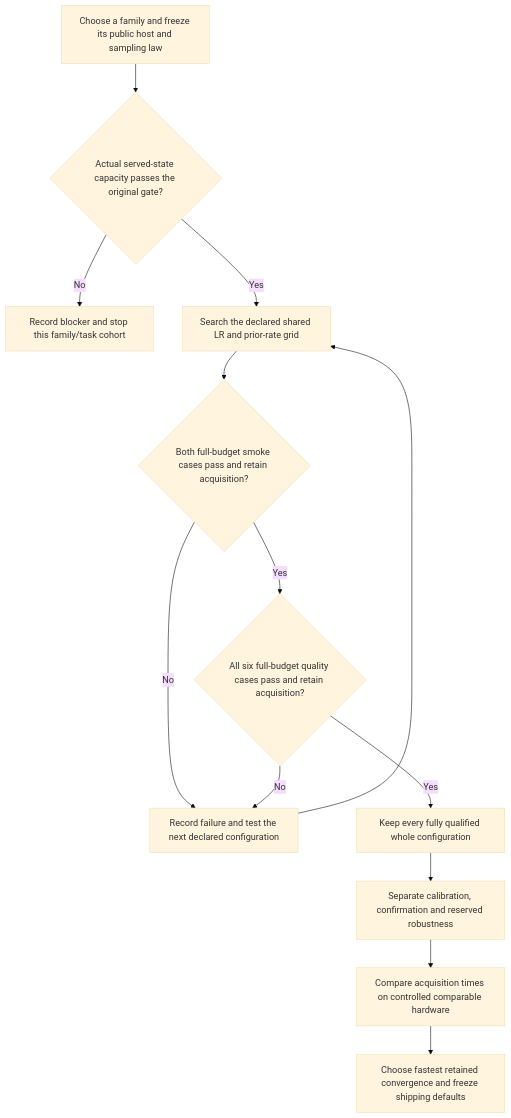
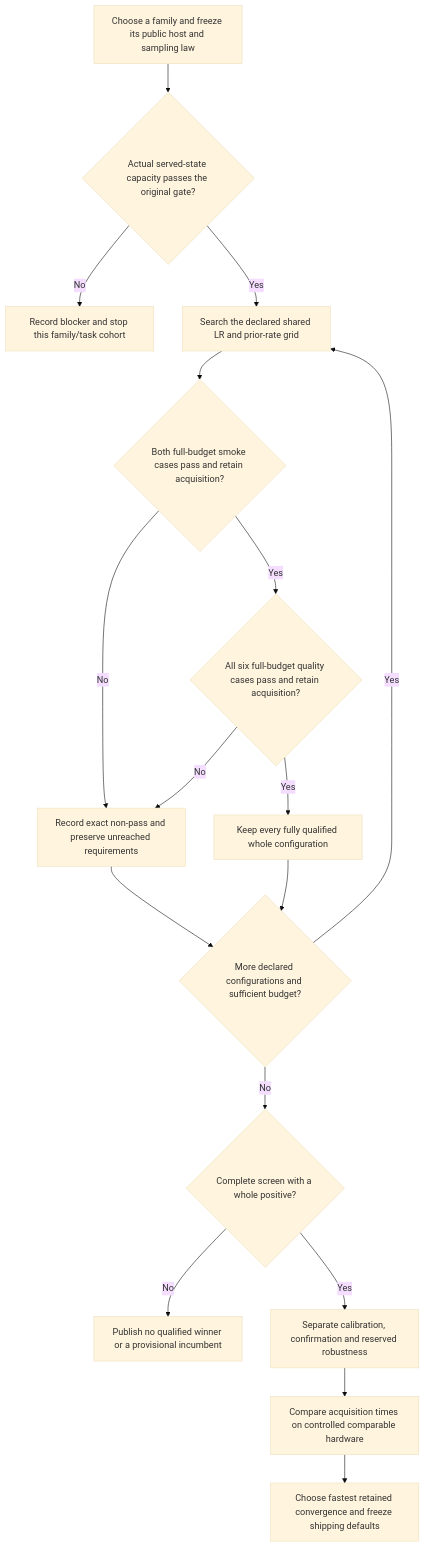
The diagram in reports/forge/family-winner-round1/POLICY_PREPARATION.md (255BITS/ParticleGAN), drawn with Mermaid (base theme) before and after one commit. The commit also changed other lines of this file and 54 other files, not shown here.

Commit message:
Publish completed family screening with policy GIFs and source-bound failure reviews

````diff
--- a/reports/forge/family-winner-round1/POLICY_PREPARATION.md
+++ b/reports/forge/family-winner-round1/POLICY_PREPARATION.md
@@ -10,24 +10,31 @@
 ```mermaid
 flowchart TD
     F[Choose a family and freeze its public host and sampling law]
     R{Actual served-state capacity passes the original gate?}
     B[Record blocker and stop this family/task cohort]
     H[Search the declared shared LR and prior-rate grid]
     S{Both full-budget smoke cases pass and retain acquisition?}
     Q{All six full-budget quality cases pass and retain acquisition?}
-    N[Record failure and test the next declared configuration]
+    N[Record exact non-pass and preserve unreached requirements]
     C[Keep every fully qualified whole configuration]
+    E{More declared configurations and sufficient budget?}
+    P{Complete screen with a whole positive?}
+    U[Publish no qualified winner or a provisional incumbent]
     V[Separate calibration, confirmation and reserved robustness]
     T[Compare acquisition times on controlled comparable hardware]
     D[Choose fastest retained convergence and freeze shipping defaults]
     F --> R
     R -- No --> B
     R -- Yes --> H
     H --> S
     S -- No --> N
     S -- Yes --> Q
     Q -- No --> N
-    N --> H
+    N --> E
     Q -- Yes --> C
-    C --> V --> T --> D
+    C --> E
+    E -- Yes --> H
+    E -- No --> P
+    P -- No --> U
+    P -- Yes --> V --> T --> D
 ```
````
